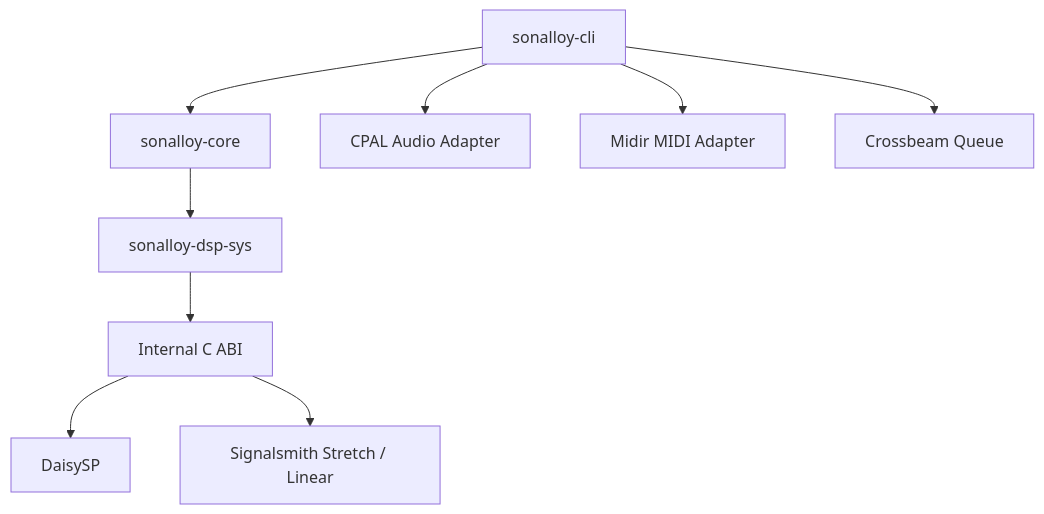
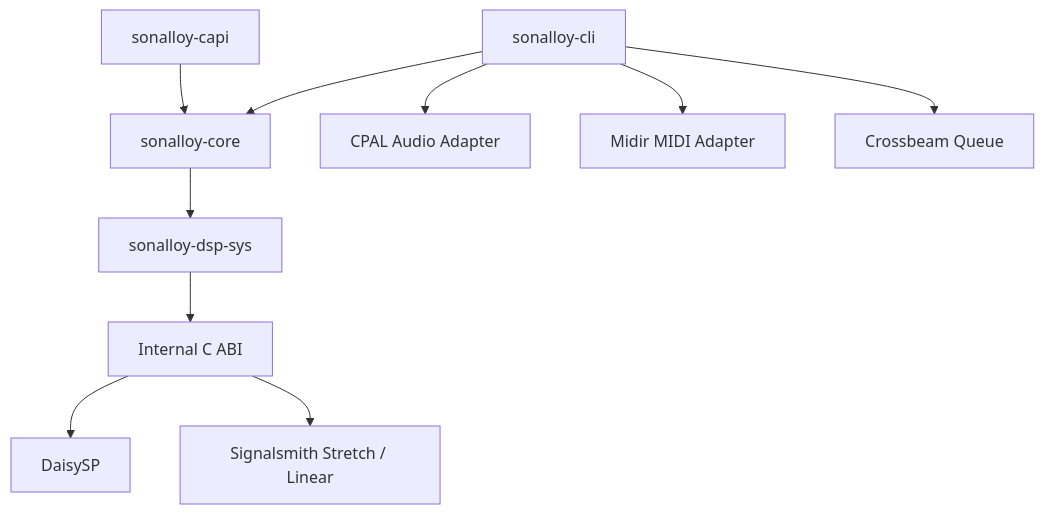
Before and after one commit to endo-ly/sonalloy: the diagram in docs/architecture.md, drawn with Mermaid. The commit also changed other lines of this file and 3 other files, not shown here.

````diff
--- a/docs/architecture.md
+++ b/docs/architecture.md
@@ -18,11 +18,12 @@
 ```mermaid
 flowchart TD
     CLI[sonalloy-cli] --> Core[sonalloy-core]
     CLI --> Audio[CPAL Audio Adapter]
     CLI --> Midi[Midir MIDI Adapter]
     CLI --> Queue[Crossbeam Queue]
+    CAPI[sonalloy-capi] --> Core[sonalloy-core]
     Core --> Sys[sonalloy-dsp-sys]
     Sys --> ABI[Internal C ABI]
     ABI --> DSP[DaisySP]
     ABI --> Stretch[Signalsmith Stretch / Linear]
 ```
````
